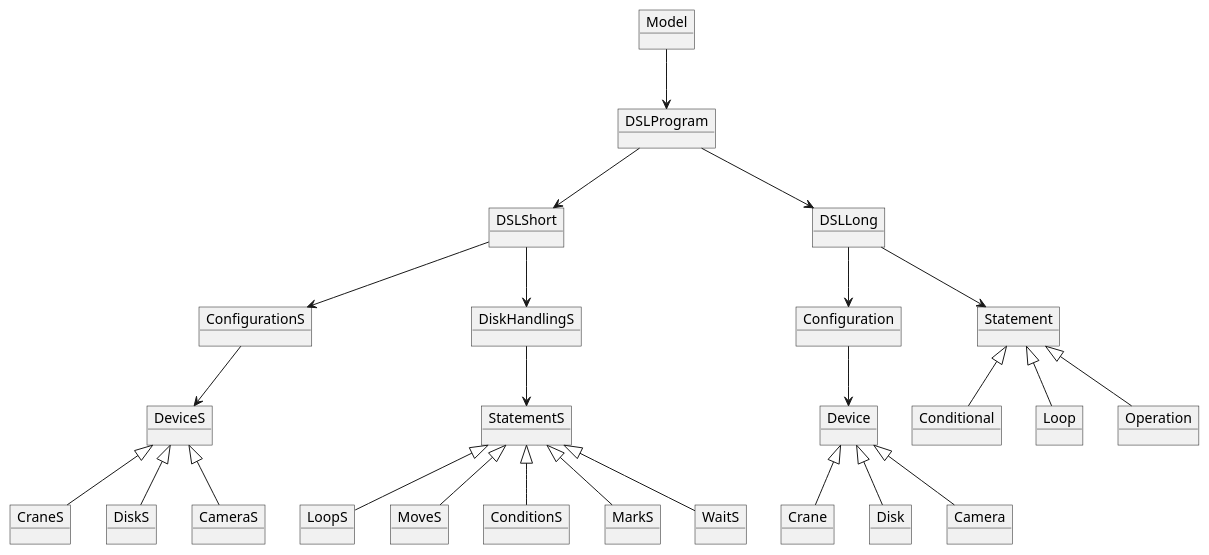
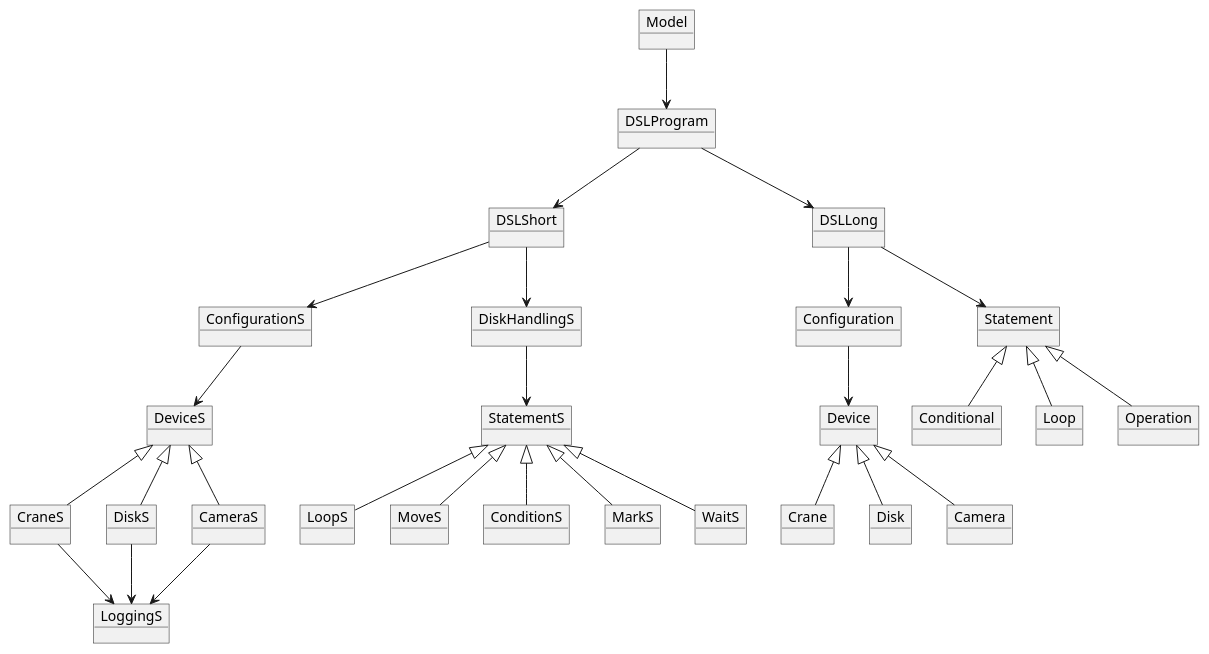
The diagram in SemesterProject/docs/diagrams/object_diagram-individual.puml (troelszink/sem08-pro-individual), drawn with PlantUML before and after one commit. The commit also changed 7 other files, not shown here.

```diff
--- a/SemesterProject/docs/diagrams/object_diagram-individual.puml
+++ b/SemesterProject/docs/diagrams/object_diagram-individual.puml
@@ -1,65 +1,69 @@
 @startuml
 object Model
 
 object DSLProgram
 object DSLShort
 object DSLLong
 
 Model --> DSLProgram
 DSLProgram --> DSLShort
 DSLProgram --> DSLLong
 
 ' Short DSL
 object ConfigurationS
 object DeviceS
 object CraneS
 object DiskS
 object CameraS
+object LoggingS
 
 object DiskHandlingS
 object StatementS
 object LoopS
 object MoveS
 object ConditionS
 object MarkS
 object WaitS
 
 DSLShort --> DiskHandlingS
 DSLShort --> ConfigurationS
 
 ConfigurationS --> DeviceS
 DeviceS <|-- CraneS
 DeviceS <|-- DiskS
 DeviceS <|-- CameraS
+CraneS --> LoggingS
+DiskS --> LoggingS
+CameraS --> LoggingS
 
 DiskHandlingS --> StatementS
 StatementS <|-- LoopS
 StatementS <|-- MoveS
 StatementS <|-- ConditionS
 StatementS <|-- MarkS
 StatementS <|-- WaitS
 
 ' Long DSL
 object Configuration
 object Device
 object Crane
 object Disk
 object Camera
 
 object Statement
 object Conditional
 object Loop
 object Operation
 
 DSLLong --> Configuration
 DSLLong --> Statement
 
 Configuration --> Device
 Device <|-- Crane
 Device <|-- Disk
 Device <|-- Camera
 
 Statement <|-- Conditional
 Statement <|-- Loop
 Statement <|-- Operation
 @enduml
```
